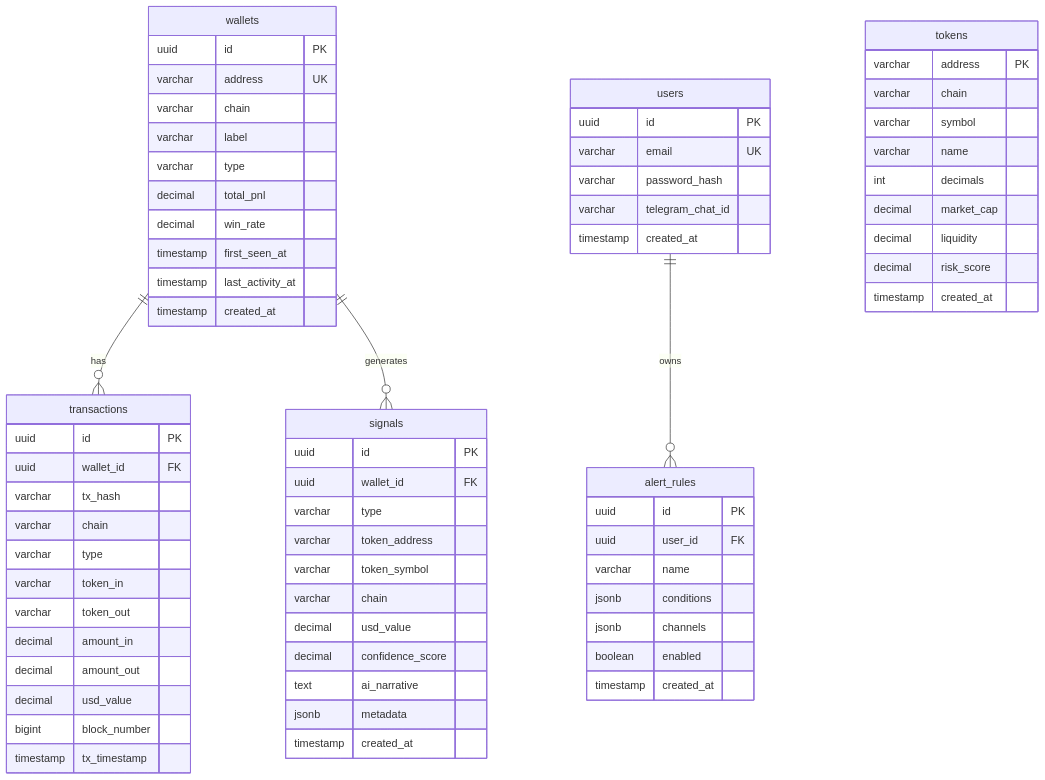
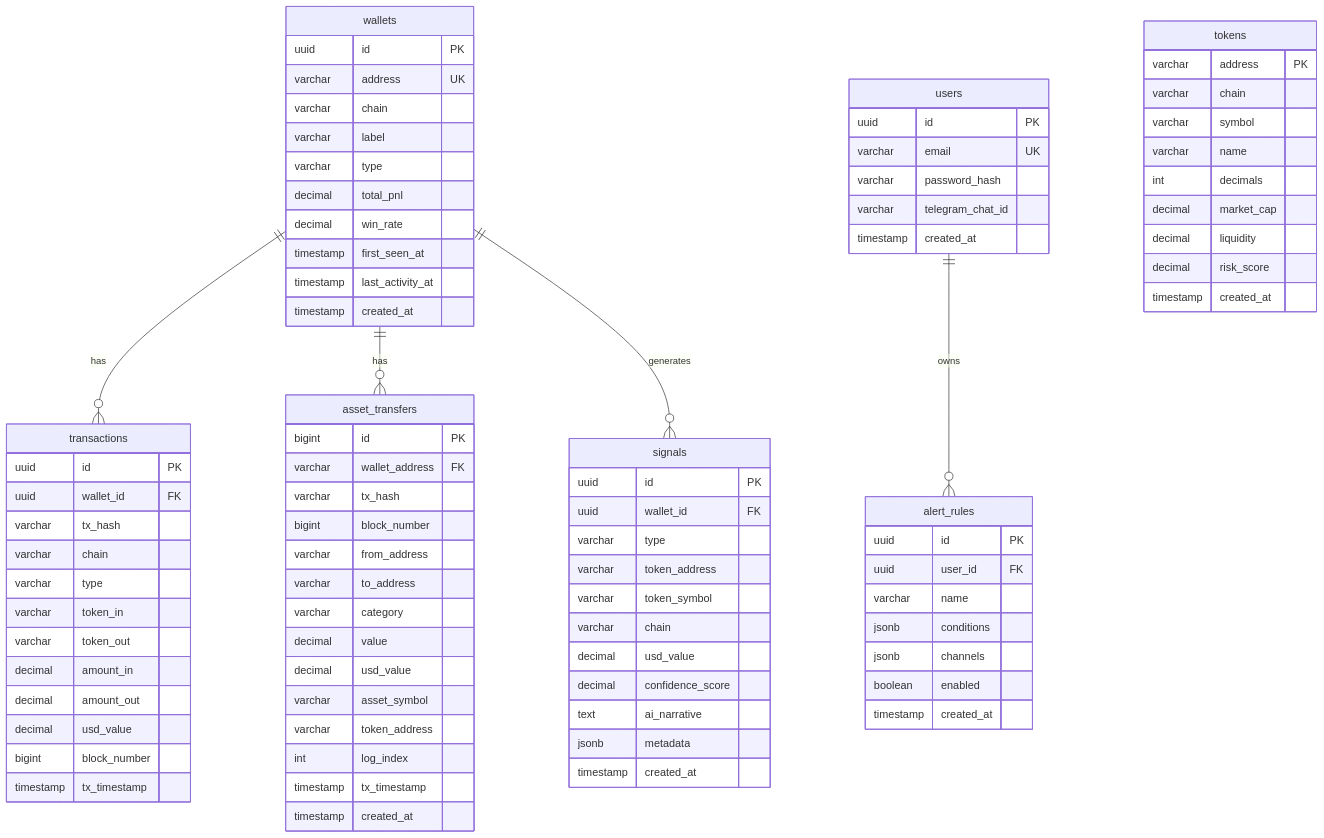
Before and after one commit to DucTran2511/argus: the diagram in docs/database_schema.md, drawn with Mermaid. The commit also changed other lines of this file and 1 other file, not shown here.

````diff
--- a/docs/database_schema.md
+++ b/docs/database_schema.md
@@ -5,6 +68,7 @@
 ```mermaid
 erDiagram
     wallets ||--o{ transactions : has
+    wallets ||--o{ asset_transfers : has
     wallets ||--o{ signals : generates
     users ||--o{ alert_rules : owns
 
@@ -48,6 +112,23 @@
         timestamp tx_timestamp
     }
 
+    asset_transfers {
+        bigint id PK
+        varchar wallet_address FK
+        varchar tx_hash
+        bigint block_number
+        varchar from_address
+        varchar to_address
+        varchar category
+        decimal value
+        decimal usd_value
+        varchar asset_symbol
+        varchar token_address
+        int log_index
+        timestamp tx_timestamp
+        timestamp created_at
+    }
+
     signals {
         uuid id PK
         uuid wallet_id FK
````
